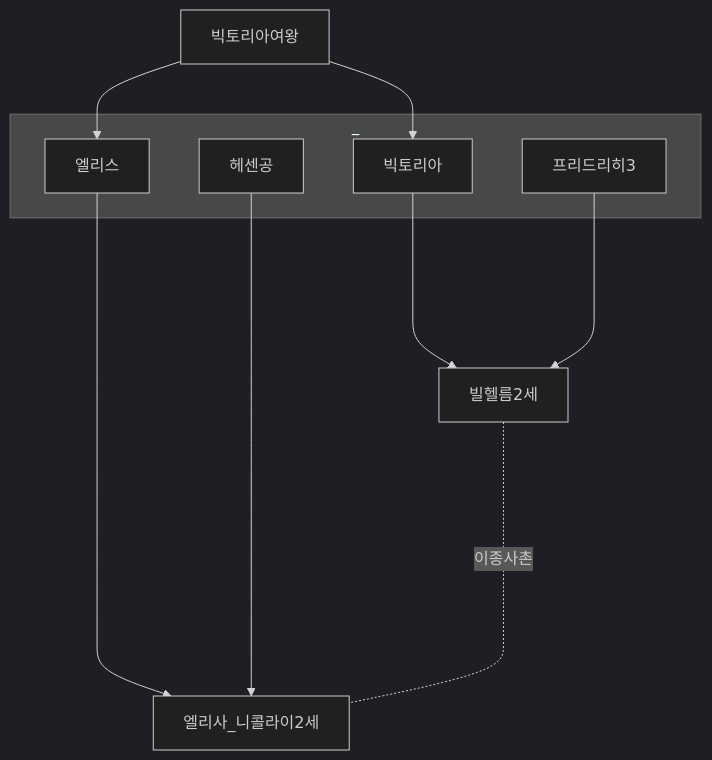
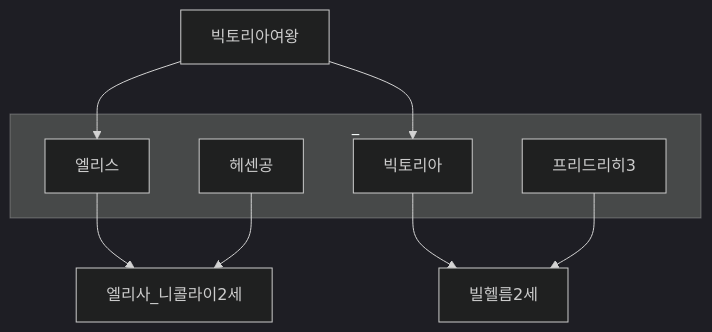
Before and after one commit to daewonyoon/historigram: the diagram in 세계사/빅토리아여왕.md, drawn with Mermaid (dark theme). The commit also changed 2 other files, not shown here.

Commit message:
그냥 역사 ... 끄적끄적.

````diff
--- a/세계사/빅토리아여왕.md
+++ b/세계사/빅토리아여왕.md
@@ -1,16 +1,15 @@
 ```mermaid
 graph TB
 
  빅토리아여왕 --> 엘리스
  빅토리아여왕 --> 빅토리아
- 빅토리아 & 프리드리히3 ----> 빌헬름2세
+ 빅토리아 & 프리드리히3 --> 빌헬름2세
  엘리스 & 헤센공 --> 엘리사_니콜라이2세
  
  subgraph _
  빅토리아 & 프리드리히3 
  엘리스 & 헤센공
  end 
  
- 빌헬름2세 -.....-|이종사촌| 엘리사_니콜라이2세
  
 ```
````
